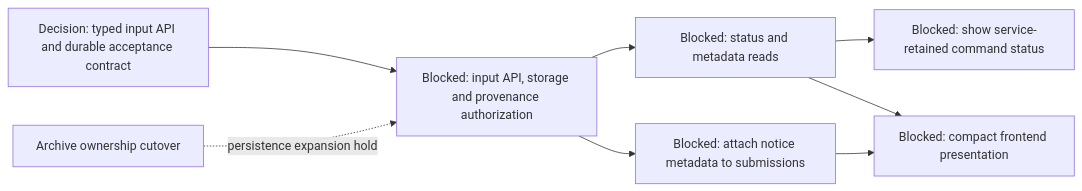
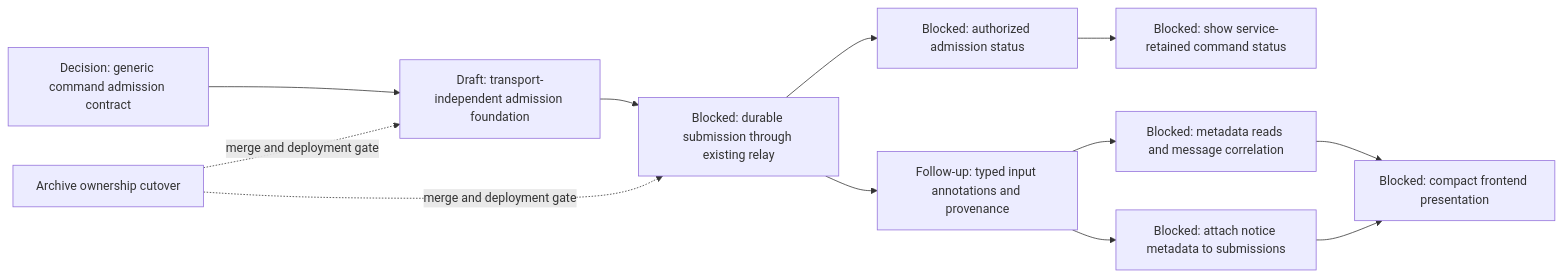
The second of 7 diagrams in agentplane/plans/task_dag.md (agentydragon-agent/ducktape), drawn with Mermaid before and after one commit. The commit also changed other lines of this file and 3 other files, not shown here.

First line of the commit message:
docs(agentplane): sequence command admission with runner dial-out (#9580)

````diff
--- a/agentplane/plans/task_dag.md
+++ b/agentplane/plans/task_dag.md
@@ -146,17 +152,24 @@
 ```mermaid
 flowchart LR
-    SESSION_INPUT_CONTRACT[Decision: typed input API and durable acceptance contract]
+    SESSION_COMMAND_CONTRACT[Decision: generic command admission contract]
+    SESSION_COMMAND_CORE[Draft: transport-independent admission foundation]
     THREAD_ARCHIVE_OWNERSHIP[Archive ownership cutover]
-    SESSION_INPUT_SUBMISSION[Blocked: input API, storage and provenance authorization]
-    SESSION_INPUT_METADATA_READ[Blocked: status and metadata reads]
-    SESSION_INPUT_STATUS_UI[Blocked: show service-retained command status]
+    SESSION_COMMAND_SUBMISSION[Blocked: durable submission through existing relay]
+    SESSION_COMMAND_STATUS_READ[Blocked: authorized admission status]
+    SESSION_COMMAND_STATUS_UI[Blocked: show service-retained command status]
+    SESSION_INPUT_METADATA[Follow-up: typed input annotations and provenance]
+    SESSION_INPUT_METADATA_READ[Blocked: metadata reads and message correlation]
     NOTIFICATION_NOTICE_METADATA[Blocked: attach notice metadata to submissions]
     NOTIFICATION_PRESENTATION[Blocked: compact frontend presentation]
-    SESSION_INPUT_CONTRACT --> SESSION_INPUT_SUBMISSION
-    THREAD_ARCHIVE_OWNERSHIP -. persistence expansion hold .-> SESSION_INPUT_SUBMISSION
-    SESSION_INPUT_SUBMISSION --> SESSION_INPUT_METADATA_READ
-    SESSION_INPUT_METADATA_READ --> SESSION_INPUT_STATUS_UI
-    SESSION_INPUT_SUBMISSION --> NOTIFICATION_NOTICE_METADATA
+    SESSION_COMMAND_CONTRACT --> SESSION_COMMAND_CORE
+    SESSION_COMMAND_CORE --> SESSION_COMMAND_SUBMISSION
+    THREAD_ARCHIVE_OWNERSHIP -. merge and deployment gate .-> SESSION_COMMAND_CORE
+    THREAD_ARCHIVE_OWNERSHIP -. merge and deployment gate .-> SESSION_COMMAND_SUBMISSION
+    SESSION_COMMAND_SUBMISSION --> SESSION_COMMAND_STATUS_READ
+    SESSION_COMMAND_STATUS_READ --> SESSION_COMMAND_STATUS_UI
+    SESSION_COMMAND_SUBMISSION --> SESSION_INPUT_METADATA
+    SESSION_INPUT_METADATA --> SESSION_INPUT_METADATA_READ
+    SESSION_INPUT_METADATA --> NOTIFICATION_NOTICE_METADATA
     SESSION_INPUT_METADATA_READ --> NOTIFICATION_PRESENTATION
     NOTIFICATION_NOTICE_METADATA --> NOTIFICATION_PRESENTATION
 ```
````
